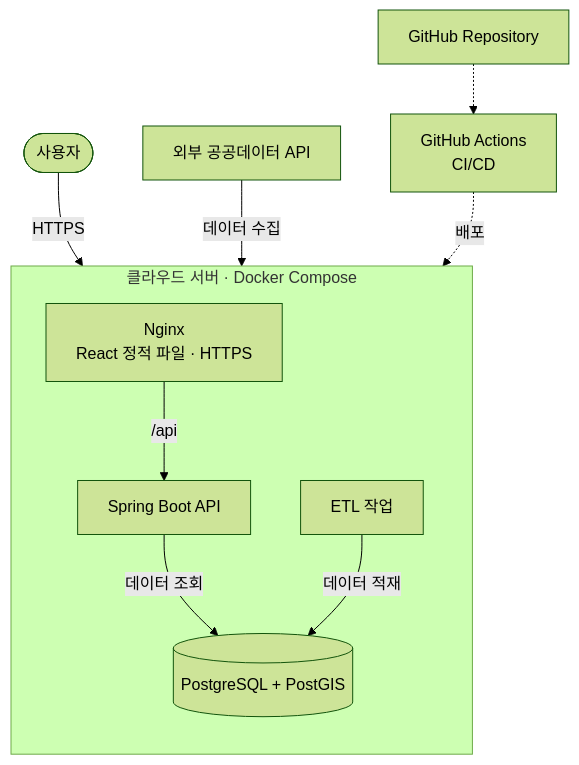
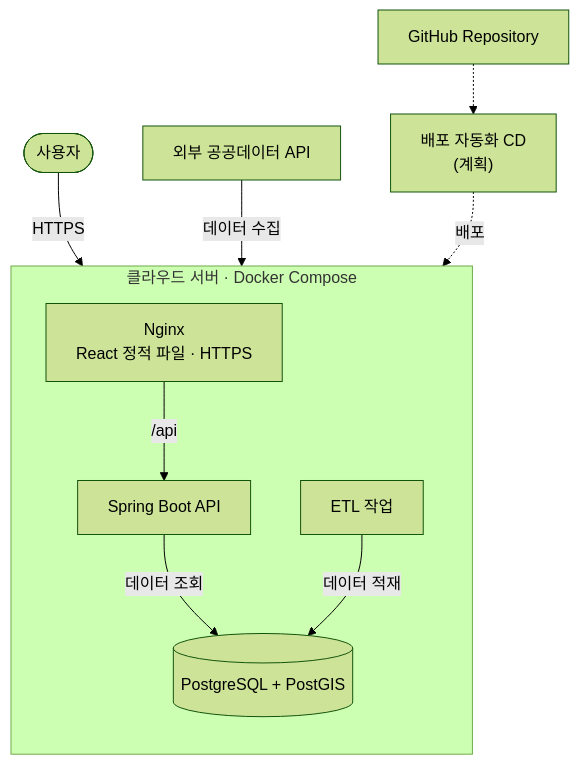
The diagram in docs/development.md (jinwooorp/RecycleYoungs), drawn with Mermaid (forest theme) before and after one commit. The commit also changed other lines of this file and 2 other files, not shown here.

Commit message:
ci: GitHub Actions 자동 검증 워크플로 구축

````diff
--- a/docs/development.md
+++ b/docs/development.md
@@ -357,25 +411,25 @@
 ```mermaid
 flowchart TB
     USER(["사용자"])
     GITHUB["GitHub Repository"]
-    CICD["GitHub Actions<br/>CI/CD"]
+    CICD["배포 자동화 CD<br/>(계획)"]
 
     subgraph SERVER["클라우드 서버 · Docker Compose"]
         direction TB
         NGINX["Nginx<br/>React 정적 파일 · HTTPS"]
         API["Spring Boot API"]
         DB[("PostgreSQL + PostGIS")]
         ETL["ETL 작업"]
 
         NGINX -->|"/api"| API
         API -->|데이터 조회| DB
         ETL -->|데이터 적재| DB
     end
 
     SOURCE["외부 공공데이터 API"]
 
     USER -->|HTTPS| NGINX
     GITHUB -.-> CICD
     CICD -.->|배포| SERVER
     SOURCE -->|데이터 수집| ETL
 ```
````
